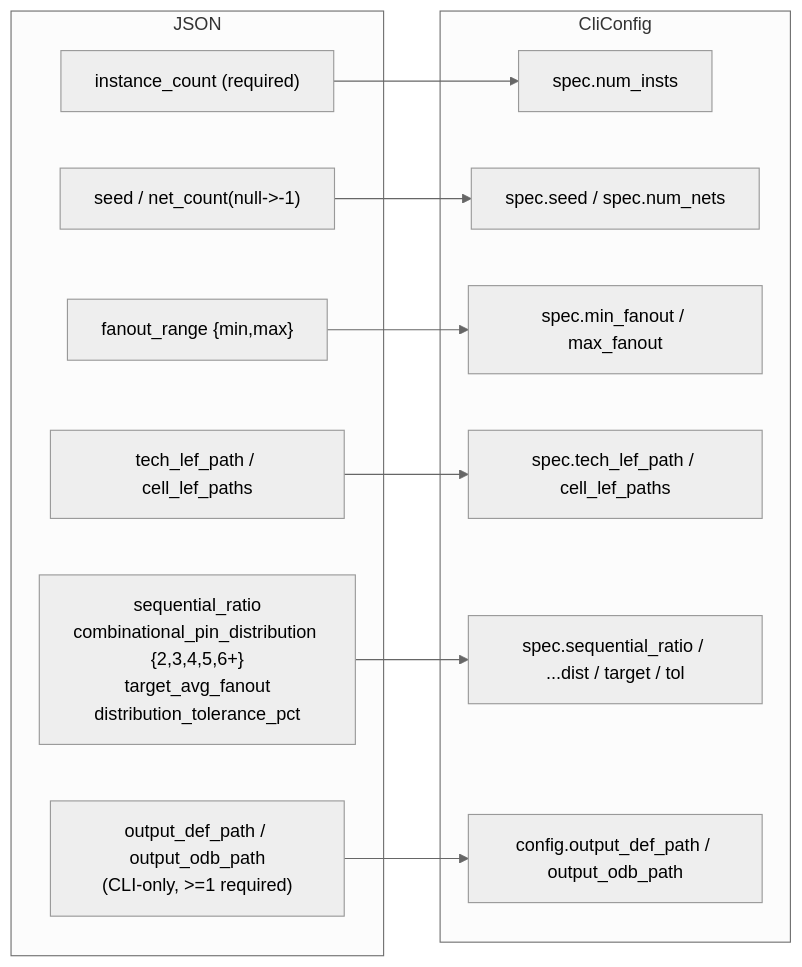
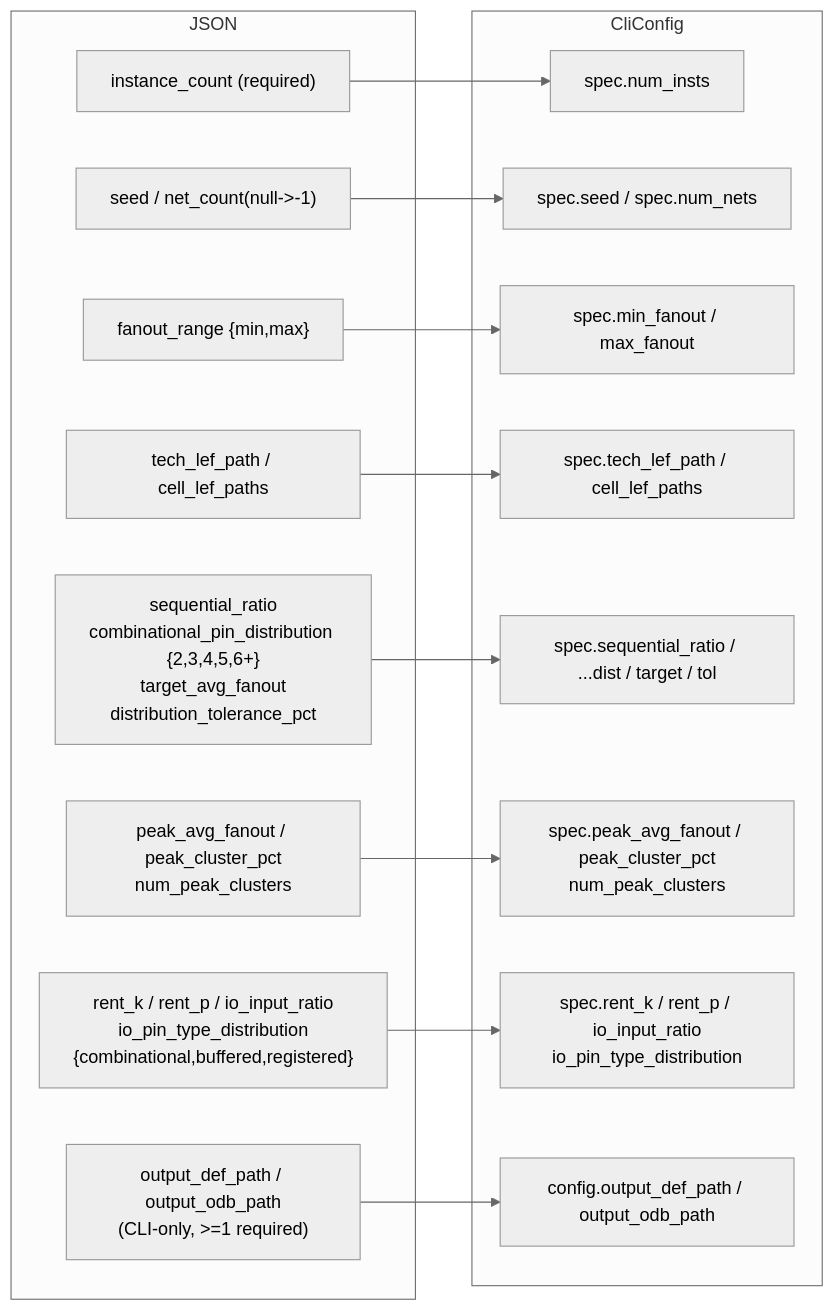
Before and after one commit to rfive88/eda-lab: diagram 16 of 16 in src/engines/netlistgen/FLOW.md, drawn with Mermaid (neutral theme). The commit also changed other lines of this file and 12 other files, not shown here.

````diff
--- a/src/engines/netlistgen/FLOW.md
+++ b/src/engines/netlistgen/FLOW.md
@@ -486,25 +577,31 @@
 ```mermaid
 graph LR
   subgraph JSON
     j1["instance_count (required)"]
     j2["seed / net_count(null->-1)"]
     j3["fanout_range {min,max}"]
     j4["tech_lef_path / cell_lef_paths"]
     j5["sequential_ratio<br/>combinational_pin_distribution {2,3,4,5,6+}<br/>target_avg_fanout<br/>distribution_tolerance_pct"]
+    j7["peak_avg_fanout / peak_cluster_pct<br/>num_peak_clusters"]
+    j8["rent_k / rent_p / io_input_ratio<br/>io_pin_type_distribution<br/>{combinational,buffered,registered}"]
     j6["output_def_path / output_odb_path<br/>(CLI-only, >=1 required)"]
   end
   subgraph CliConfig
     s1["spec.num_insts"]
     s2["spec.seed / spec.num_nets"]
     s3["spec.min_fanout / max_fanout"]
     s4["spec.tech_lef_path / cell_lef_paths"]
     s5["spec.sequential_ratio / ...dist / target / tol"]
+    s7["spec.peak_avg_fanout / peak_cluster_pct<br/>num_peak_clusters"]
+    s8["spec.rent_k / rent_p / io_input_ratio<br/>io_pin_type_distribution"]
     s6["config.output_def_path / output_odb_path"]
   end
   j1 --> s1
   j2 --> s2
   j3 --> s3
   j4 --> s4
   j5 --> s5
+  j7 --> s7
+  j8 --> s8
   j6 --> s6
 ```
````
